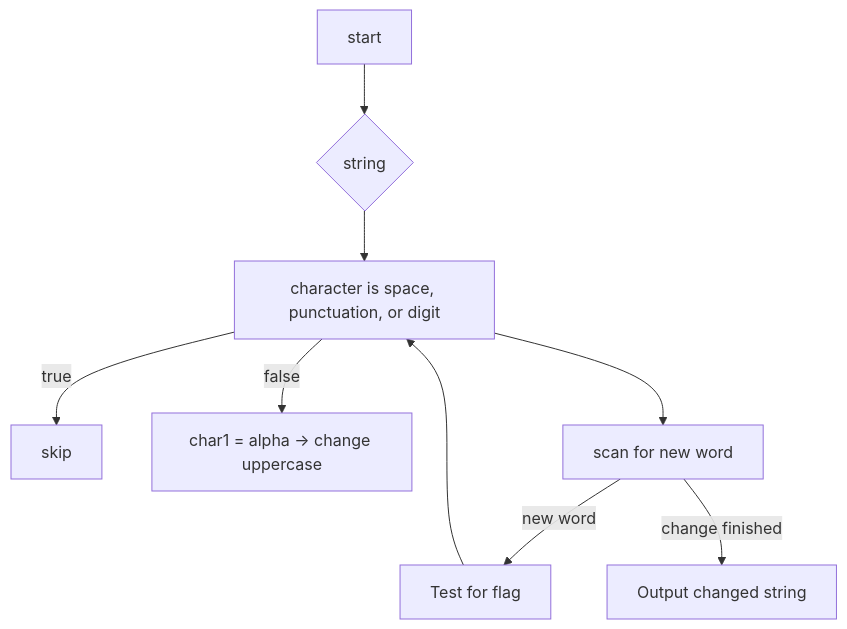
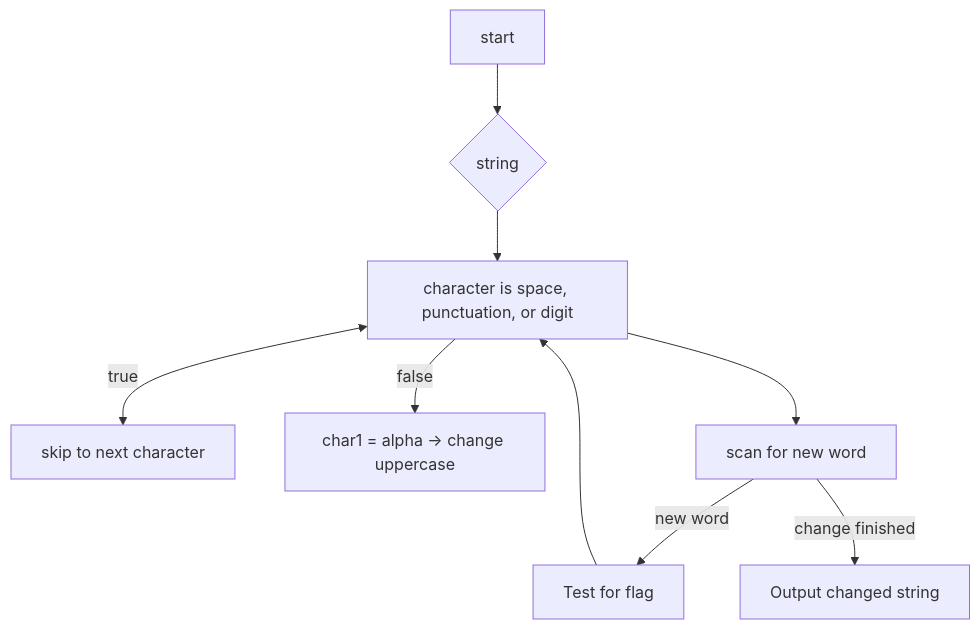
One commit to DatBoiBeRolling/C-plus-plus changed the diagram in chapter4/mytitle-flow.mmd. Above: the diagram before and after it, drawn with Mermaid.

Commit message:
chapter4

```diff
--- a/chapter4/mytitle-flow.mmd
+++ b/chapter4/mytitle-flow.mmd
@@ -1,11 +1,11 @@
 flowchart TD
 
 	mystart[start]
 	mystart --> input{string}
 	input --> charFlag[character is space, punctuation, or digit]
-	charFlag --> |true| res1[skip]
+	charFlag <--> |true| res1[skip to next character]
 	charFlag --> |false| res2[char1 = alpha -> change uppercase]
 	charFlag --> charNew[scan for new word]
 	charNew --> |new word| res3[Test for flag]
 	res3 --> charFlag
 	charNew --> |change finished| end1[Output changed string]
```
